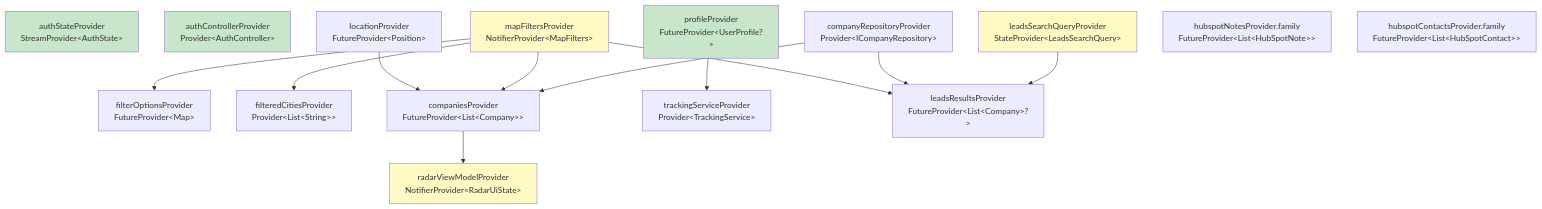
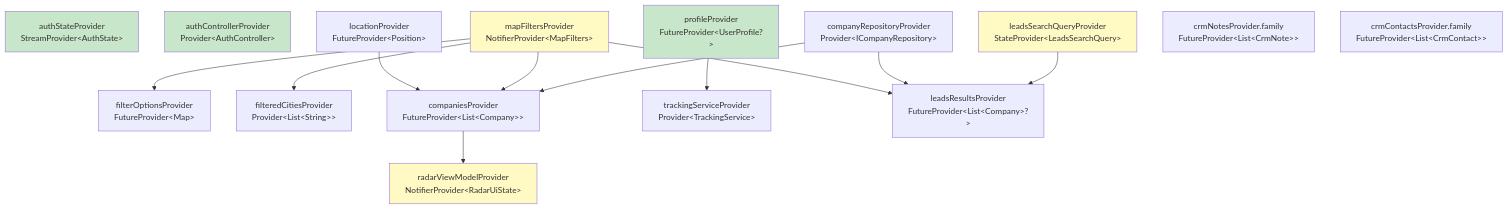
One commit to danielfercope/rumo-app changed the first of 2 diagrams in CLAUDE.md. Above: the diagram before and after it, drawn with Mermaid. The commit also changed other lines of this file and 29 other files, not shown here.

````diff
--- a/CLAUDE.md
+++ b/CLAUDE.md
@@ -82,43 +81,43 @@
 ```mermaid
 graph TD
     AUTH[authStateProvider<br/>StreamProvider&lt;AuthState&gt;]
     CTRL[authControllerProvider<br/>Provider&lt;AuthController&gt;]
     PROFILE[profileProvider<br/>FutureProvider&lt;UserProfile?&gt;]
 
     LOC[locationProvider<br/>FutureProvider&lt;Position&gt;]
     FILTERS[mapFiltersProvider<br/>NotifierProvider&lt;MapFilters&gt;]
     FILTER_OPTS[filterOptionsProvider<br/>FutureProvider&lt;Map&gt;]
     CITIES[filteredCitiesProvider<br/>Provider&lt;List&lt;String&gt;&gt;]
     REPO[companyRepositoryProvider<br/>Provider&lt;ICompanyRepository&gt;]
     COMPANIES[companiesProvider<br/>FutureProvider&lt;List&lt;Company&gt;&gt;]
 
     RADAR_VM[radarViewModelProvider<br/>NotifierProvider&lt;RadarUiState&gt;]
     TRACKING[trackingServiceProvider<br/>Provider&lt;TrackingService&gt;]
 
     SEARCH_Q[leadsSearchQueryProvider<br/>StateProvider&lt;LeadsSearchQuery&gt;]
     LEADS[leadsResultsProvider<br/>FutureProvider&lt;List&lt;Company&gt;?&gt;]
 
-    HS_NOTES[hubspotNotesProvider.family<br/>FutureProvider&lt;List&lt;HubSpotNote&gt;&gt;]
-    HS_CONTACTS[hubspotContactsProvider.family<br/>FutureProvider&lt;List&lt;HubSpotContact&gt;&gt;]
+    HS_NOTES[crmNotesProvider.family<br/>FutureProvider&lt;List&lt;CrmNote&gt;&gt;]
+    HS_CONTACTS[crmContactsProvider.family<br/>FutureProvider&lt;List&lt;CrmContact&gt;&gt;]
 
     LOC --> COMPANIES
     FILTERS --> COMPANIES
     REPO --> COMPANIES
     FILTERS --> FILTER_OPTS
     FILTERS --> CITIES
 
     COMPANIES --> RADAR_VM
 
     FILTERS --> LEADS
     REPO --> LEADS
     SEARCH_Q --> LEADS
 
     PROFILE --> TRACKING
 
     style AUTH fill:#c8e6c9
     style CTRL fill:#c8e6c9
     style PROFILE fill:#c8e6c9
     style FILTERS fill:#fff9c4
     style RADAR_VM fill:#fff9c4
     style SEARCH_Q fill:#fff9c4
 ```
````
